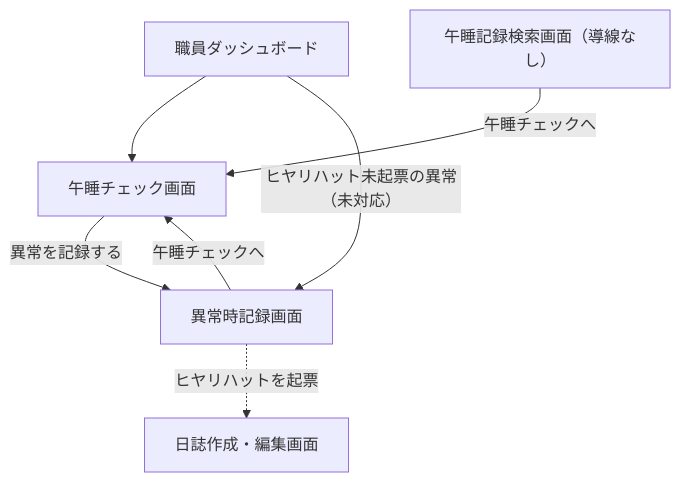
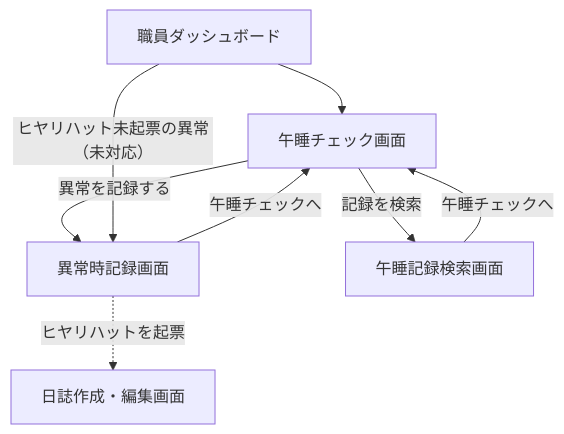
Before and after one commit to issei0423/sukusuku_system: the fifth of 8 diagrams in 図/画面遷移図.md, drawn with Mermaid. The commit also changed other lines of this file and 4 other files, not shown here.

First line of the commit message:
画面遷移図をIssue対応後の実装に合わせ、第1.4版とした

````diff
--- a/図/画面遷移図.md
+++ b/図/画面遷移図.md
@@ -245,9 +245,10 @@
 ```mermaid
 flowchart TD
     SD["職員ダッシュボード"] --> NC["午睡チェック画面"]
     NC -->|異常を記録する| NA["異常時記録画面"]
     NA -->|午睡チェックへ| NC
     NA -.->|ヒヤリハットを起票| DE["日誌作成・編集画面"]
     SD -->|ヒヤリハット未起票の異常（未対応）| NA
-    NS["午睡記録検索画面（導線なし）"] -->|午睡チェックへ| NC
+    NC -->|記録を検索| NS["午睡記録検索画面"]
+    NS -->|午睡チェックへ| NC
 ```
````
